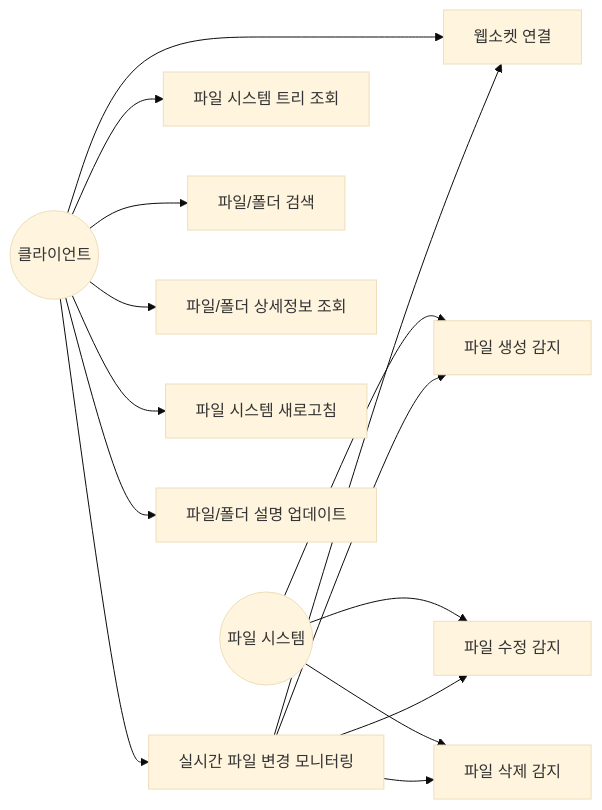
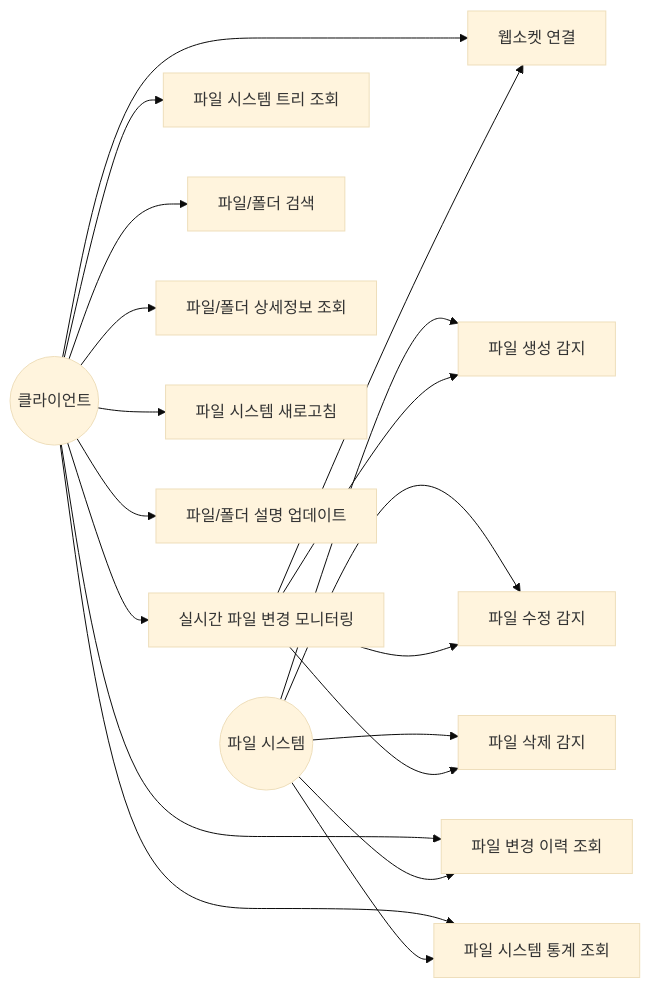
Before and after one commit to KimTaekGwan/file-management: the first of 3 diagrams in back-end/README.md, drawn with Mermaid (base theme). The commit also changed other lines of this file and 8 other files, not shown here.

````diff
--- a/back-end/README.md
+++ b/back-end/README.md
@@ -3,36 +3,42 @@
 ```mermaid
 graph LR
     %% 액터 정의
     Client((클라이언트))
     FileSystem((파일 시스템))
 
     %% 유즈케이스 정의
     ViewTree[파일 시스템 트리 조회]
     Search[파일/폴더 검색]
     ViewDetails[파일/폴더 상세정보 조회]
     Refresh[파일 시스템 새로고침]
     UpdateDesc[파일/폴더 설명 업데이트]
     Monitor[실시간 파일 변경 모니터링]
     WSConnect[웹소켓 연결]
     Created[파일 생성 감지]
     Modified[파일 수정 감지]
     Deleted[파일 삭제 감지]
+    ViewHistory[파일 변경 이력 조회]
+    ViewStats[파일 시스템 통계 조회]
 
     %% 관계 정의
     Client --> ViewTree
     Client --> Search
     Client --> ViewDetails
     Client --> Refresh
     Client --> UpdateDesc
     Client --> WSConnect
     Client --> Monitor
+    Client --> ViewHistory
+    Client --> ViewStats
 
     FileSystem --> Created
     FileSystem --> Modified
     FileSystem --> Deleted
+    FileSystem --> ViewHistory
+    FileSystem --> ViewStats
 
     Monitor --> Created
     Monitor --> Modified
     Monitor --> Deleted
     Monitor --> WSConnect
 ```
````
